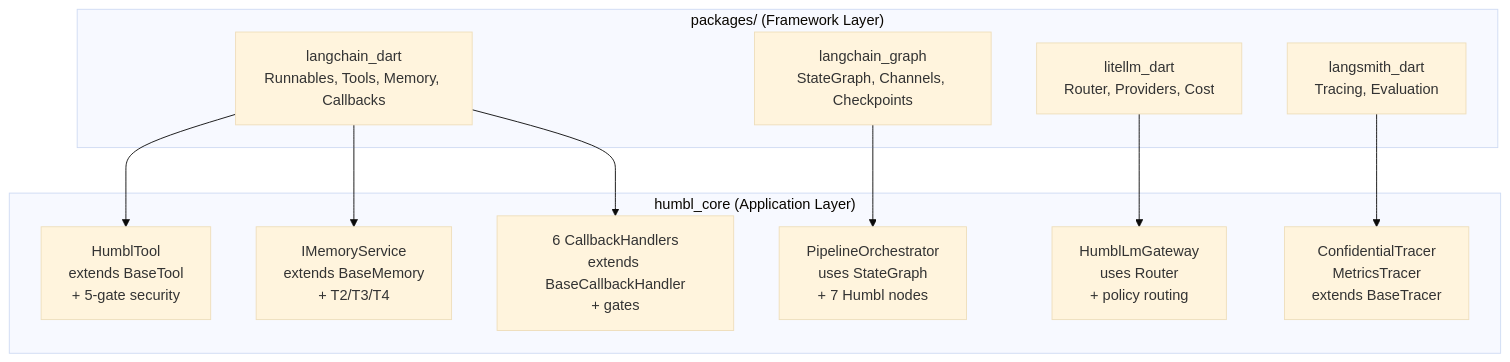
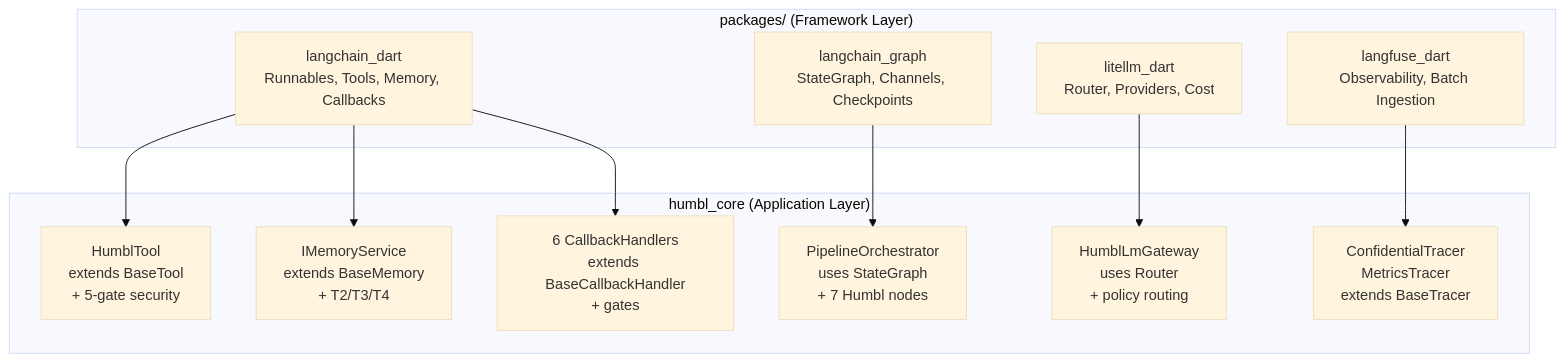
One commit to schatt-qwr/humbl-doc changed the diagram in docs/architecture/subsystems/langchain-framework.md. Above: the diagram before and after it, drawn with Mermaid (base theme). The commit also changed other lines of this file and 13 other files, not shown here.

````diff
--- a/docs/architecture/subsystems/langchain-framework.md
+++ b/docs/architecture/subsystems/langchain-framework.md
@@ -407,25 +418,25 @@
 ```mermaid
 graph TB
     subgraph "packages/ (Framework Layer)"
         LC[langchain_dart<br/>Runnables, Tools, Memory, Callbacks]
         LG[langchain_graph<br/>StateGraph, Channels, Checkpoints]
         LT[litellm_dart<br/>Router, Providers, Cost]
-        LS[langsmith_dart<br/>Tracing, Evaluation]
+        LS[langfuse_dart<br/>Observability, Batch Ingestion]
     end
 
     subgraph "humbl_core (Application Layer)"
         TOOL[HumblTool<br/>extends BaseTool<br/>+ 5-gate security]
         PIPE[PipelineOrchestrator<br/>uses StateGraph<br/>+ 7 Humbl nodes]
         GW[HumblLmGateway<br/>uses Router<br/>+ policy routing]
         MEM[IMemoryService<br/>extends BaseMemory<br/>+ T2/T3/T4]
         CB[6 CallbackHandlers<br/>extends BaseCallbackHandler<br/>+ gates]
         TR[ConfidentialTracer<br/>MetricsTracer<br/>extends BaseTracer]
     end
 
     LC --> TOOL
     LC --> MEM
     LC --> CB
     LG --> PIPE
     LT --> GW
     LS --> TR
 ```
````
